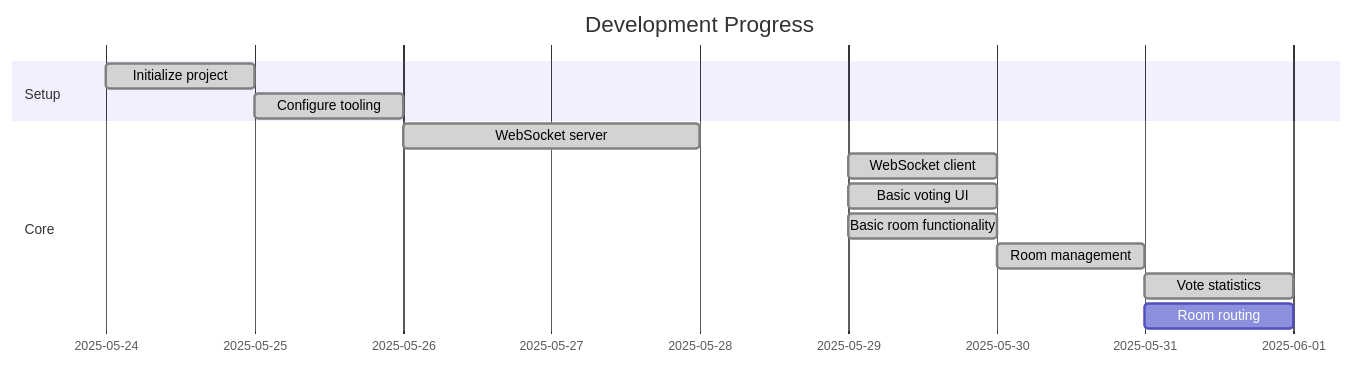
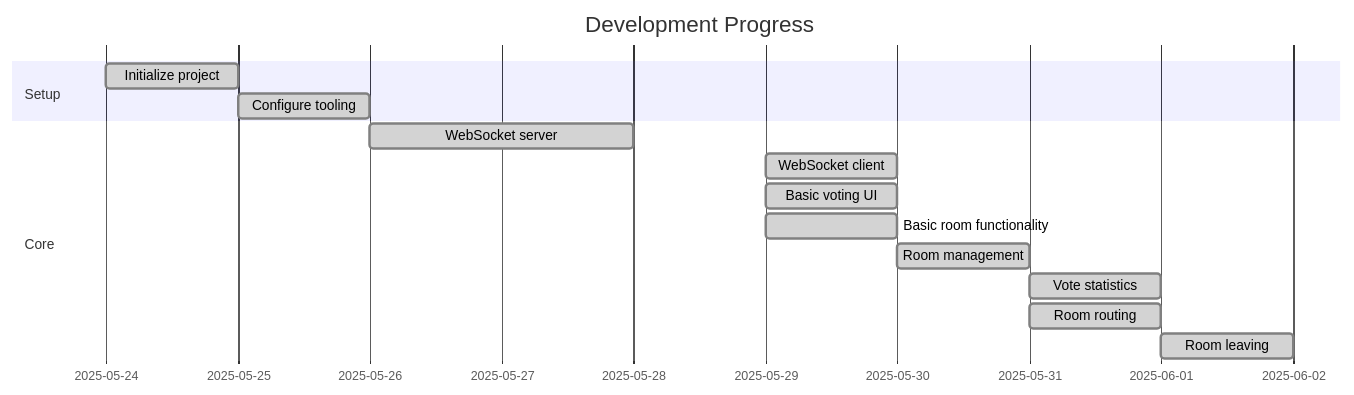
Before and after one commit to conrisc/scrum-poker: the diagram in memory-bank/activeContext.md, drawn with Mermaid. The commit also changed other lines of this file and 5 other files, not shown here.

Commit message:
Implement room leaving functionality

````diff
--- a/memory-bank/activeContext.md
+++ b/memory-bank/activeContext.md
@@ -24,17 +22,18 @@
 ```mermaid
 gantt
     title Development Progress
     dateFormat  YYYY-MM-DD
     section Setup
     Initialize project       :done, 2025-05-24, 1d
     Configure tooling       :done, 2025-05-25, 1d
     
     section Core
     WebSocket server        :done, 2025-05-26, 2d
     WebSocket client        :done, 2025-05-29, 1d
     Basic voting UI         :done, 2025-05-29, 1d
     Basic room functionality :done, 2025-05-29, 1d
     Room management         :done, 2025-05-30, 1d
     Vote statistics         :done, 2025-05-31, 1d
-    Room routing            :done 2025-05-31, 1d
+    Room routing            :done, 2025-05-31, 1d
+    Room leaving            :done, 2025-06-01, 1d
 ```
````
